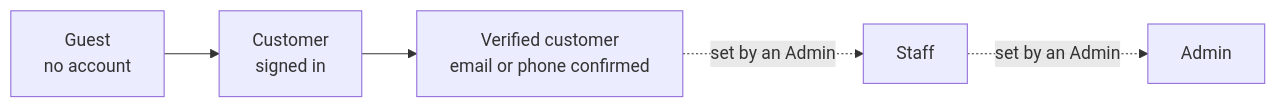
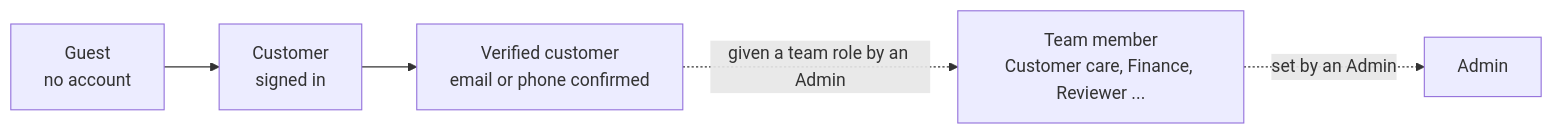
The diagram in business-docs/03-roles-and-permissions.md (darshanreddy4/darza), drawn with Mermaid before and after one commit. The commit also changed other lines of this file and 140 other files, not shown here.

````diff
--- a/business-docs/03-roles-and-permissions.md
+++ b/business-docs/03-roles-and-permissions.md
@@ -5,7 +5,7 @@
 ```mermaid
 flowchart LR
   G[Guest<br/>no account] --> C[Customer<br/>signed in]
   C --> V[Verified customer<br/>email or phone confirmed]
-  V -.set by an Admin.-> S[Staff]
+  V -.given a team role by an Admin.-> S[Team member<br/>Customer care, Finance, Reviewer ...]
   S -.set by an Admin.-> A[Admin]
 ```
````
